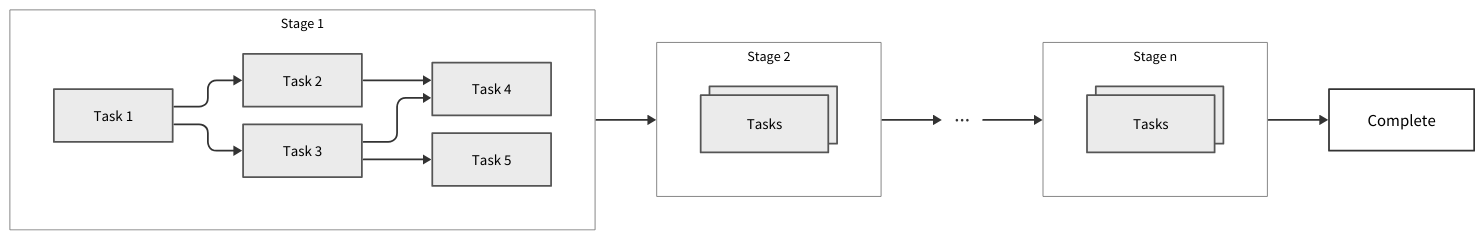
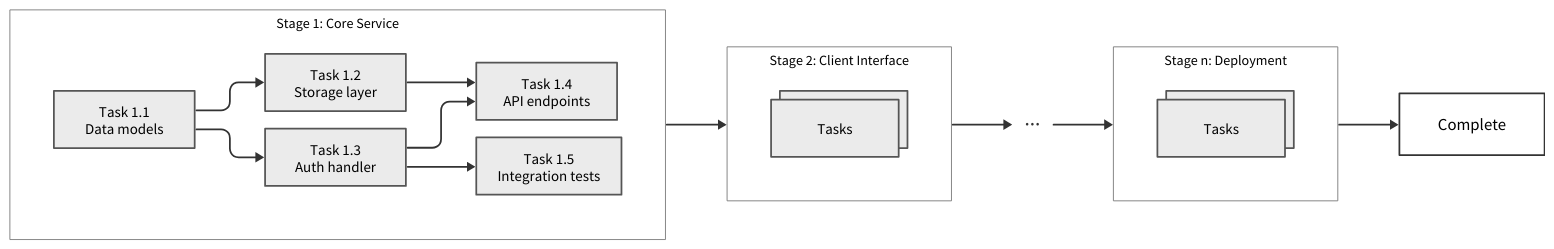
Before and after one commit to sdi2200262/bsc-apm-thesis: the diagram in diagrams/framework-design/stage-progression.d2, drawn with D2. The commit also changed 4 other files, not shown here.

```diff
--- a/diagrams/framework-design/stage-progression.d2
+++ b/diagrams/framework-design/stage-progression.d2
@@ -1,147 +1,147 @@
 direction: right
 
 vars: {
   d2-config: {
     layout-engine: elk
     theme-id: 0
     pad: 18
     center: true
   }
 }
 
 classes: {
   stage: {
     style: {
       fill: "#ffffff"
       stroke: "#777777"
       stroke-width: 1
       font-color: "#000000"
       font-size: 16
       bold: false
       border-radius: 0
       shadow: false
     }
   }
   task: {
     style: {
       fill: "#ebebeb"
       stroke: "#555555"
       stroke-width: 2
       font-color: "#000000"
       font-size: 17
       bold: false
       border-radius: 0
       shadow: false
     }
   }
   terminal: {
     style: {
       fill: "#ffffff"
       stroke: "#333333"
       stroke-width: 2
       font-color: "#000000"
       font-size: 19
       bold: false
       border-radius: 0
       shadow: false
     }
   }
 }
 
 stage_1: {
-  label: Stage 1
+  label: "Stage 1: Core Service"
   class: stage
 
   task_1: {
-    label: Task 1
+    label: "Task 1.1\nData models"
     class: task
-    width: 135
-    height: 60
+    width: 160
+    height: 65
   }
   task_2: {
-    label: Task 2
+    label: "Task 1.2\nStorage layer"
     class: task
-    width: 135
-    height: 60
+    width: 160
+    height: 65
   }
   task_3: {
-    label: Task 3
+    label: "Task 1.3\nAuth handler"
     class: task
-    width: 135
-    height: 60
+    width: 160
+    height: 65
   }
   task_4: {
-    label: Task 4
+    label: "Task 1.4\nAPI endpoints"
     class: task
-    width: 135
-    height: 60
+    width: 160
+    height: 65
   }
   task_5: {
-    label: Task 5
+    label: "Task 1.5\nIntegration tests"
     class: task
-    width: 135
-    height: 60
+    width: 165
+    height: 65
   }
 
   task_1 -> task_2
   task_1 -> task_3
   task_2 -> task_4
   task_3 -> task_4
   task_3 -> task_5
 }
 
 stage_2: {
-  label: Stage 2
+  label: "Stage 2: Client Interface"
   class: stage
 
   tasks: {
     label: Tasks
     class: task
     width: 145
     height: 65
     style.multiple: true
   }
 }
 
 more: {
   label: ···
   shape: text
   style: {
     font-color: "#333333"
     font-size: 24
     bold: false
   }
 }
 
 stage_n: {
-  label: Stage n
+  label: "Stage n: Deployment"
   class: stage
 
   tasks: {
     label: Tasks
     class: task
     width: 145
     height: 65
     style.multiple: true
   }
 }
 
 complete: {
   label: Complete
   class: terminal
   width: 165
   height: 70
 }
 
 stage_1 -> stage_2
 stage_2 -> more
 more -> stage_n
 stage_n -> complete
 
 (** -> **)[*].style: {
   stroke: "#333333"
   stroke-width: 2
   font-color: "#000000"
   font-size: 16
   border-radius: 10
 }
```
